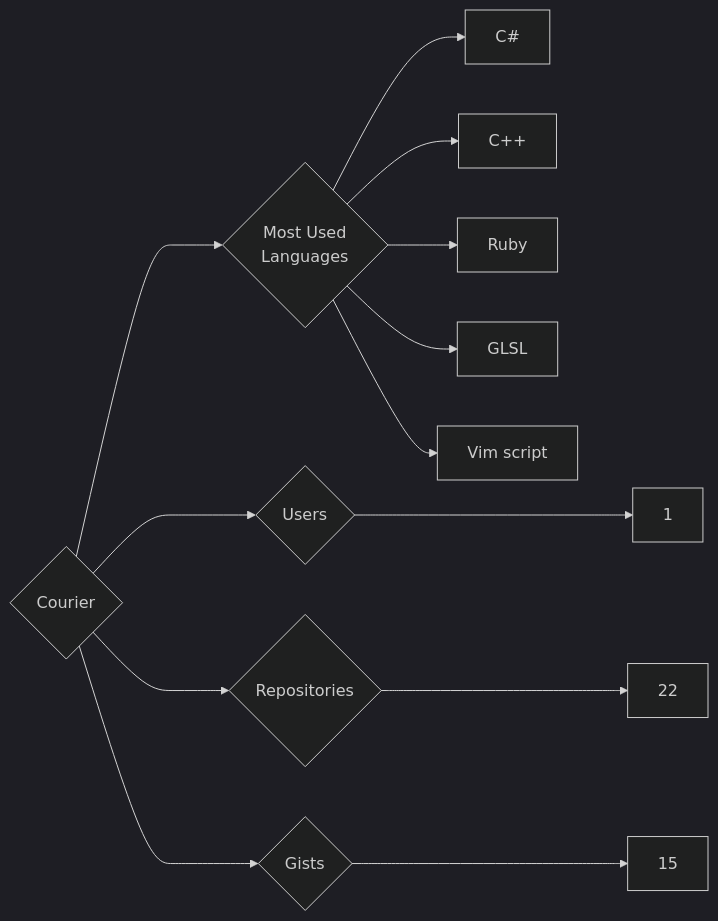
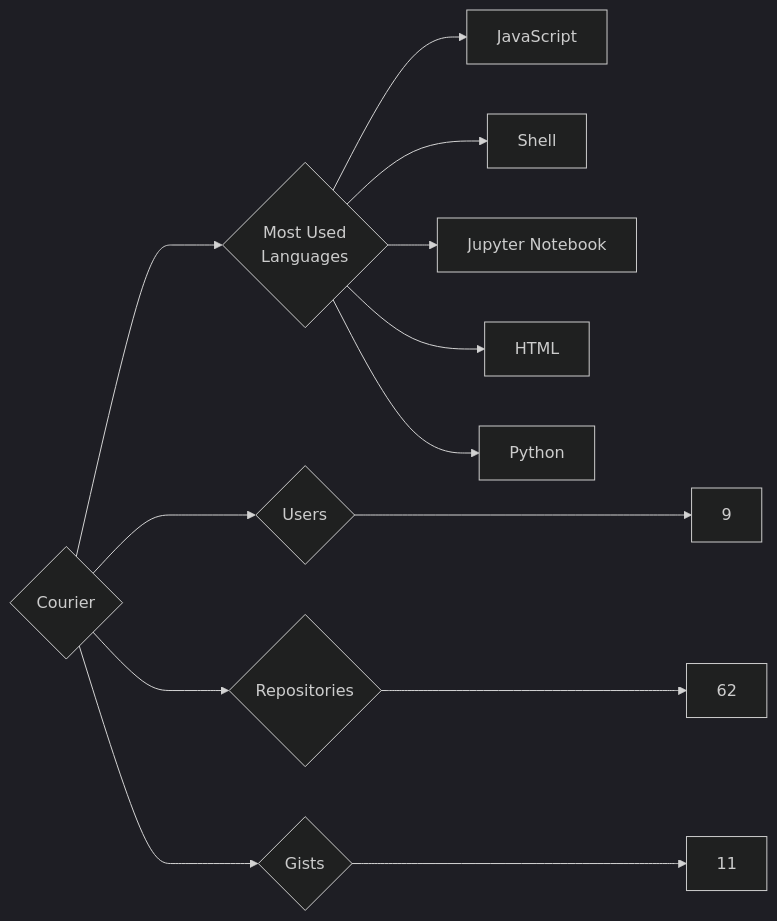
One commit to trickest/insiders changed the diagram in targets/Courier/README.md. Above: the diagram before and after it, drawn with Mermaid (dark theme). The commit also changed 681 other files, not shown here.

````diff
--- a/targets/Courier/README.md
+++ b/targets/Courier/README.md
@@ -3,13 +3,13 @@
 ```mermaid
 graph LR
 COMPANY_NAME{Courier}
-COMPANY_NAME ---> U{Users} ---> UN[1]
-COMPANY_NAME ---> R{Repositories} ---> RN[22]
-COMPANY_NAME ---> G{Gists} ---> GN[15]
+COMPANY_NAME ---> U{Users} ---> UN[9]
+COMPANY_NAME ---> R{Repositories} ---> RN[62]
+COMPANY_NAME ---> G{Gists} ---> GN[11]
 COMPANY_NAME ---> ML{Most Used<br>Languages}
-ML --> C#[C#]
-ML --> C++[C++]
-ML --> Ruby[Ruby]
-ML --> GLSL[GLSL]
-ML --> Vim_script[Vim script]
+ML --> JavaScript[JavaScript]
+ML --> Shell[Shell]
+ML --> Jupyter_Notebook[Jupyter Notebook]
+ML --> HTML[HTML]
+ML --> Python[Python]
 ```
````
